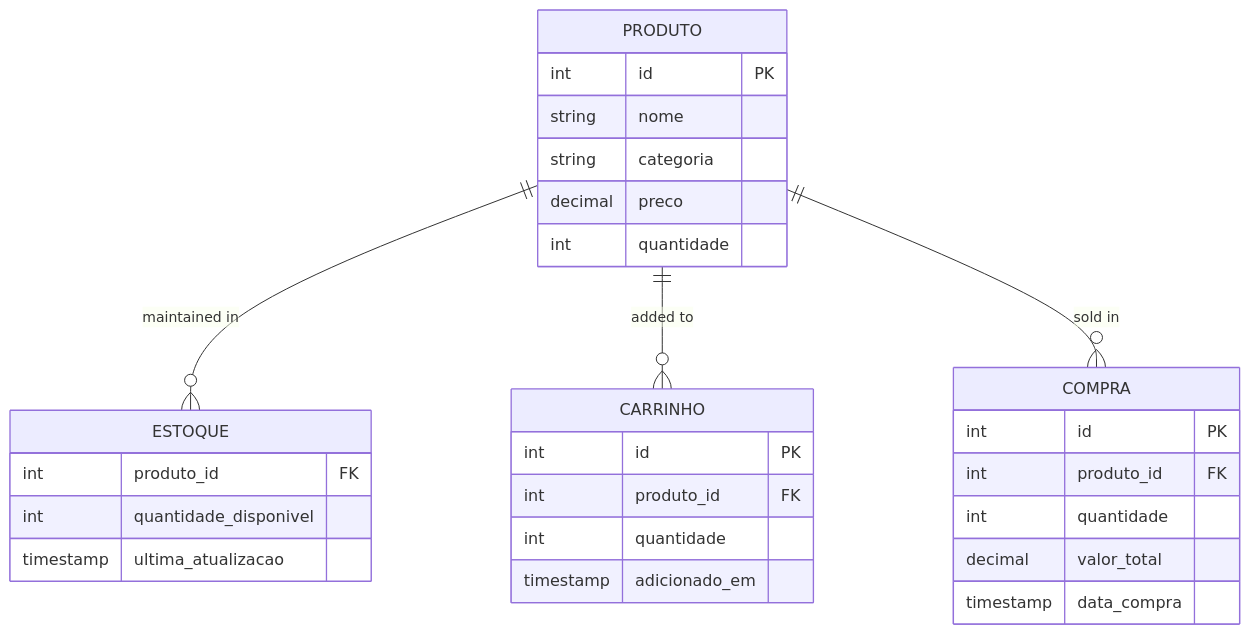
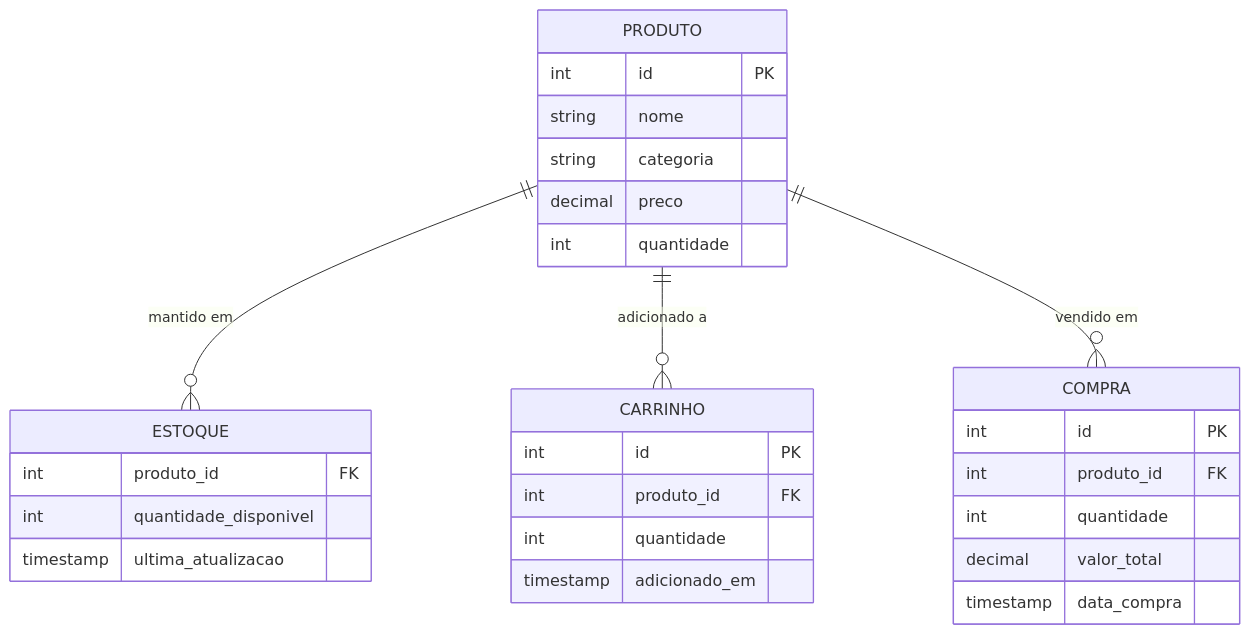
Before and after one commit to guilhermemarch/retail-sys-api: the second of 2 diagrams in README.md, drawn with Mermaid. The commit also changed other lines of this file, not shown here.

````diff
--- a/README.md
+++ b/README.md
@@ -119,35 +119,35 @@
 ```mermaid
 erDiagram
     PRODUTO {
         int id PK
         string nome
         string categoria
         decimal preco
         int quantidade
     }
     
     ESTOQUE {
         int produto_id FK
         int quantidade_disponivel
         timestamp ultima_atualizacao
     }
     
     CARRINHO {
         int id PK
         int produto_id FK
         int quantidade
         timestamp adicionado_em
     }
     
     COMPRA {
         int id PK
         int produto_id FK
         int quantidade
         decimal valor_total
         timestamp data_compra
     }
     
-    PRODUTO ||--o{ ESTOQUE : "maintained in"
-    PRODUTO ||--o{ CARRINHO : "added to"
-    PRODUTO ||--o{ COMPRA : "sold in"
+    PRODUTO ||--o{ ESTOQUE : "mantido em"
+    PRODUTO ||--o{ CARRINHO : "adicionado a"
+    PRODUTO ||--o{ COMPRA : "vendido em"
 ```
````
